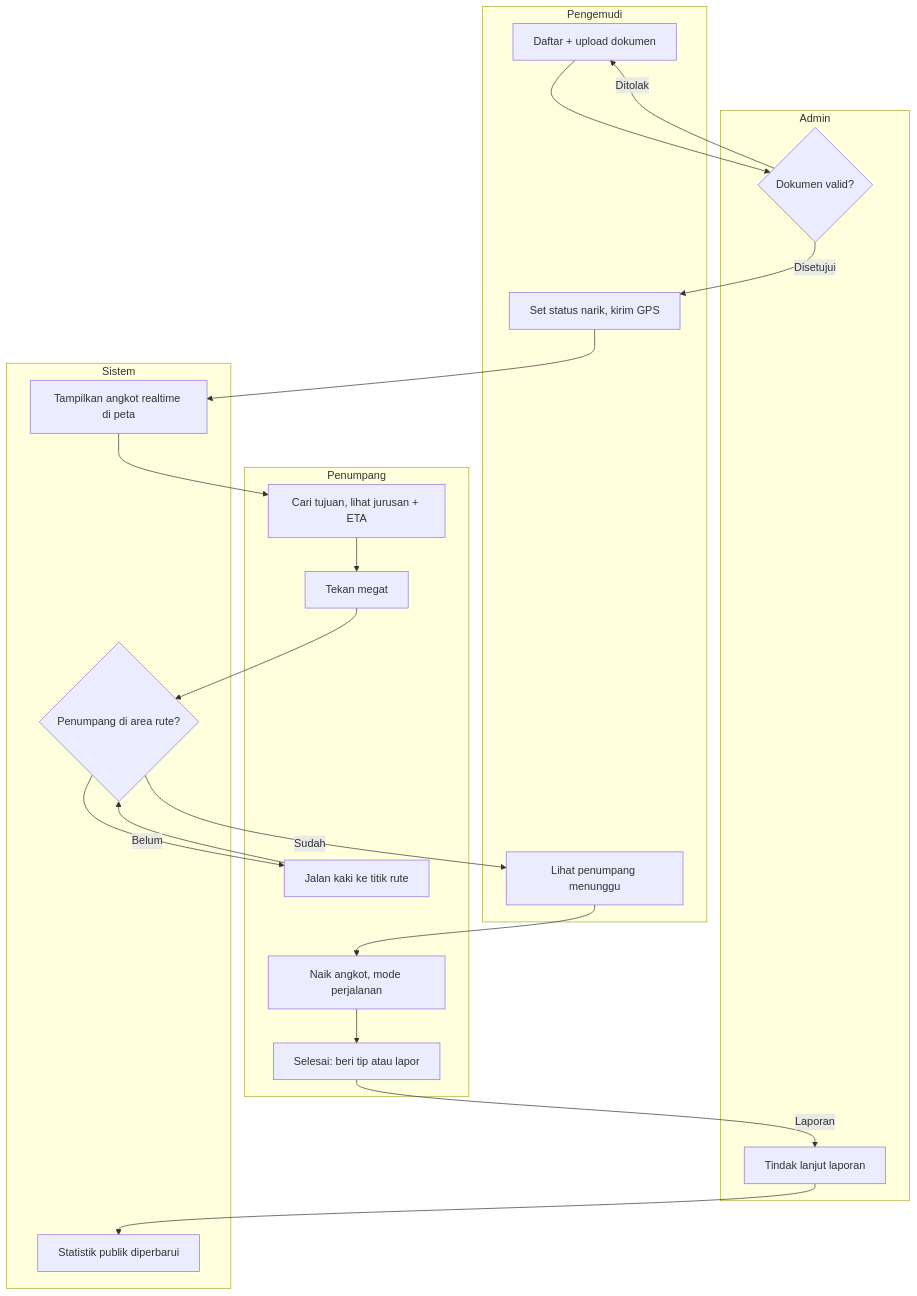
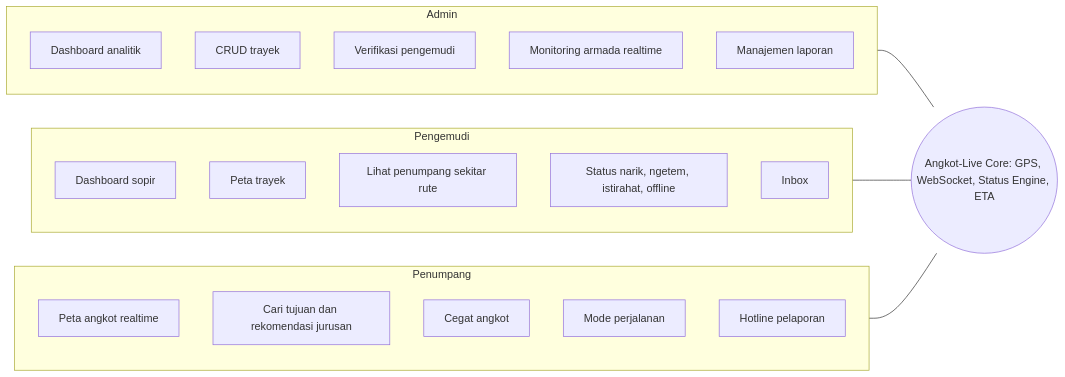
The first of 12 diagrams in README.md (angkot-live/angkot-live), drawn with Mermaid before and after one commit. The commit also changed other lines of this file, not shown here.

````diff
--- a/README.md
+++ b/README.md
@@ -478,39 +53,28 @@
 ```mermaid
-flowchart TD
+flowchart LR
+    subgraph ADM["Admin"]
+        A1["Dashboard analitik"]
+        A2["CRUD trayek"]
+        A3["Verifikasi pengemudi"]
+        A4["Monitoring armada realtime"]
+        A5["Manajemen laporan"]
+    end
     subgraph DRV["Pengemudi"]
-        D1["Daftar + upload dokumen"]
-        D2["Set status narik, kirim GPS"]
-        D3["Lihat penumpang menunggu"]
+        D1["Dashboard sopir"]
+        D2["Peta trayek"]
+        D3["Lihat penumpang sekitar rute"]
+        D4["Status narik, ngetem, istirahat, offline"]
+        D5["Inbox"]
     end
-    subgraph ADM["Admin"]
-        A1{"Dokumen valid?"}
-        A2["Tindak lanjut laporan"]
+    subgraph PSG["Penumpang"]
+        P1["Peta angkot realtime"]
+        P2["Cari tujuan dan rekomendasi jurusan"]
+        P3["Cegat angkot"]
+        P4["Mode perjalanan"]
+        P5["Hotline pelaporan"]
     end
-    subgraph SYS["Sistem"]
-        S1["Tampilkan angkot realtime di peta"]
-        S2{"Penumpang di area rute?"}
-        S3["Statistik publik diperbarui"]
-    end
-    subgraph PAX["Penumpang"]
-        P1["Cari tujuan, lihat jurusan + ETA"]
-        P2["Tekan megat"]
-        P3["Jalan kaki ke titik rute"]
-        P4["Naik angkot, mode perjalanan"]
-        P5["Selesai: beri tip atau lapor"]
-    end
-
-    D1 --> A1
-    A1 -->|Ditolak| D1
-    A1 -->|Disetujui| D2
-    D2 --> S1
-    S1 --> P1
-    P1 --> P2
-    P2 --> S2
-    S2 -->|Belum| P3
-    P3 --> S2
-    S2 -->|Sudah| D3
-    D3 --> P4
-    P4 --> P5
-    P5 -->|Laporan| A2
-    A2 --> S3
+    CORE(("Angkot-Live Core: GPS, WebSocket, Status Engine, ETA"))
+    ADM --- CORE
+    DRV --- CORE
+    PSG --- CORE
 ```
````
